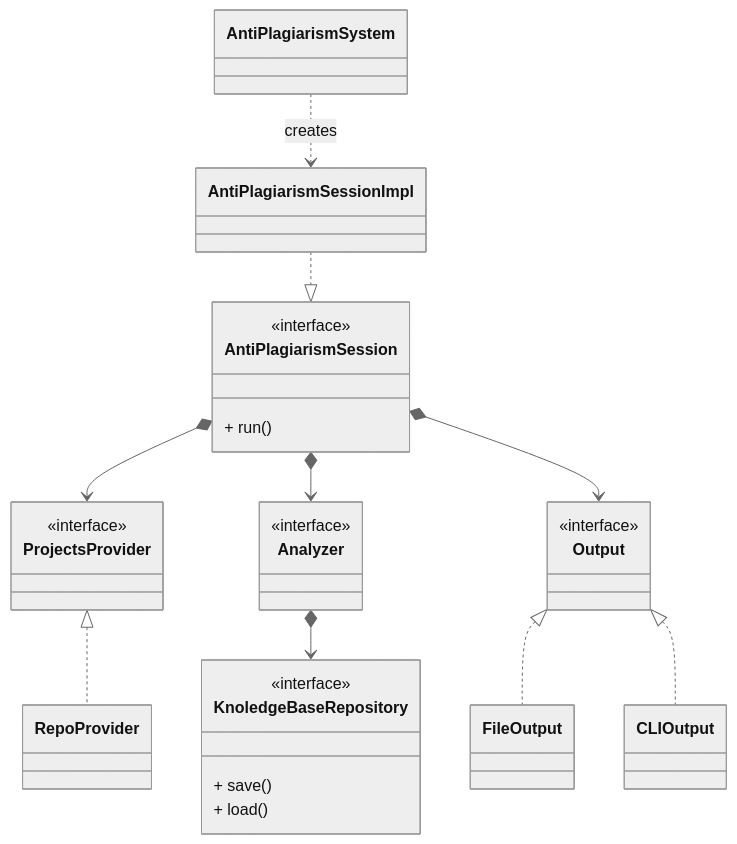
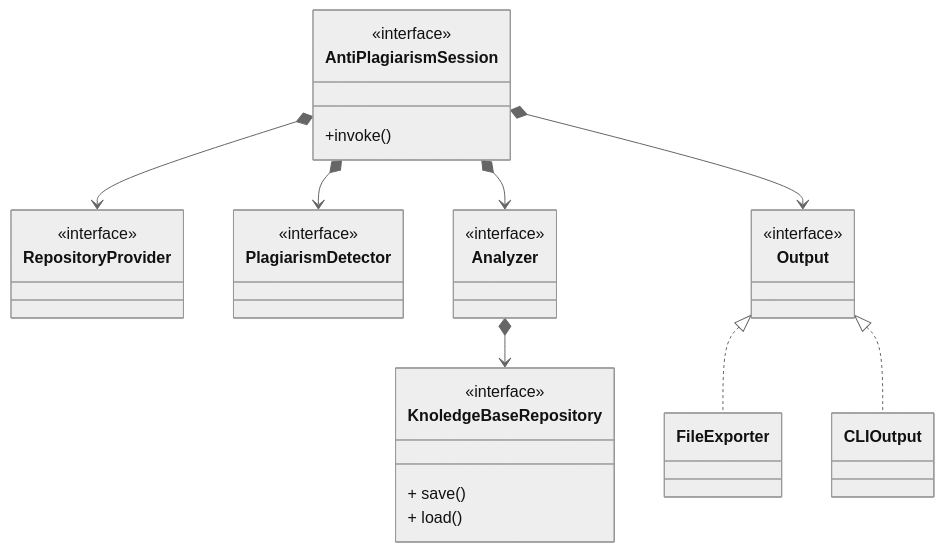
Before and after one commit to tassiLuca/code-plagiarism-detector-doc: the second of 13 diagrams in doc.md, drawn with Mermaid (neutral theme). The commit also changed other lines of this file, not shown here.

````diff
--- a/doc.md
+++ b/doc.md
@@ -85,40 +87,39 @@
 ```mermaid
 classDiagram
     direction TB
-    class AntiPlagiarismSystem
-    class AntiPlagiarismSessionImpl
     class AntiPlagiarismSession {
         <<interface>>
-        + run()
+        +invoke()
     }
-    AntiPlagiarismSessionImpl ..|> AntiPlagiarismSession
-    AntiPlagiarismSystem ..> AntiPlagiarismSessionImpl: creates
 
-    class ProjectsProvider {
+    class RepositoryProvider {
         <<interface>>
     }
-    AntiPlagiarismSession *--> ProjectsProvider
-    class RepoProvider 
-    ProjectsProvider <|.. RepoProvider
+    AntiPlagiarismSession *--> RepositoryProvider
+
+    class PlagiarismDetector {
+        <<interface>>
+    }
+    AntiPlagiarismSession *--> PlagiarismDetector
 
     class Analyzer {
         <<interface>>
     }
     AntiPlagiarismSession *--> Analyzer
 
     class KnoledgeBaseRepository {
         <<interface>>
         + save()
         + load()
     }
     Analyzer *--> KnoledgeBaseRepository
 
     class Output {
         <<interface>>
     }
     AntiPlagiarismSession *--> Output
     class CLIOutput 
-    class FileOutput
-    Output <|.. FileOutput
+    class FileExporter
+    Output <|.. FileExporter
     Output <|.. CLIOutput
 ```
````
